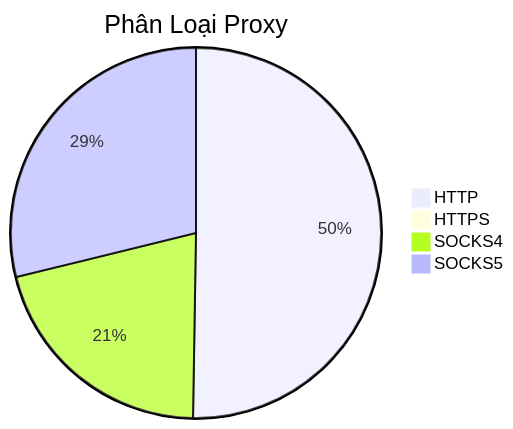
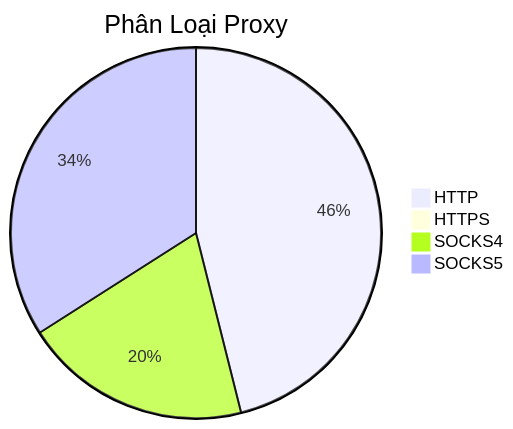
Before and after one commit to Ciara-12/PROXY-free: the diagram in README.md, drawn with Mermaid. The commit also changed other lines of this file and 3 other files, not shown here.

````diff
--- a/README.md
+++ b/README.md
@@ -26,7 +26,7 @@
 ```mermaid
 pie title Phân Loại Proxy
-    "HTTP" : 591
+    "HTTP" : 459
     "HTTPS" : 0
-    "SOCKS4" : 246
+    "SOCKS4" : 198
     "SOCKS5" : 339
 ```
````
